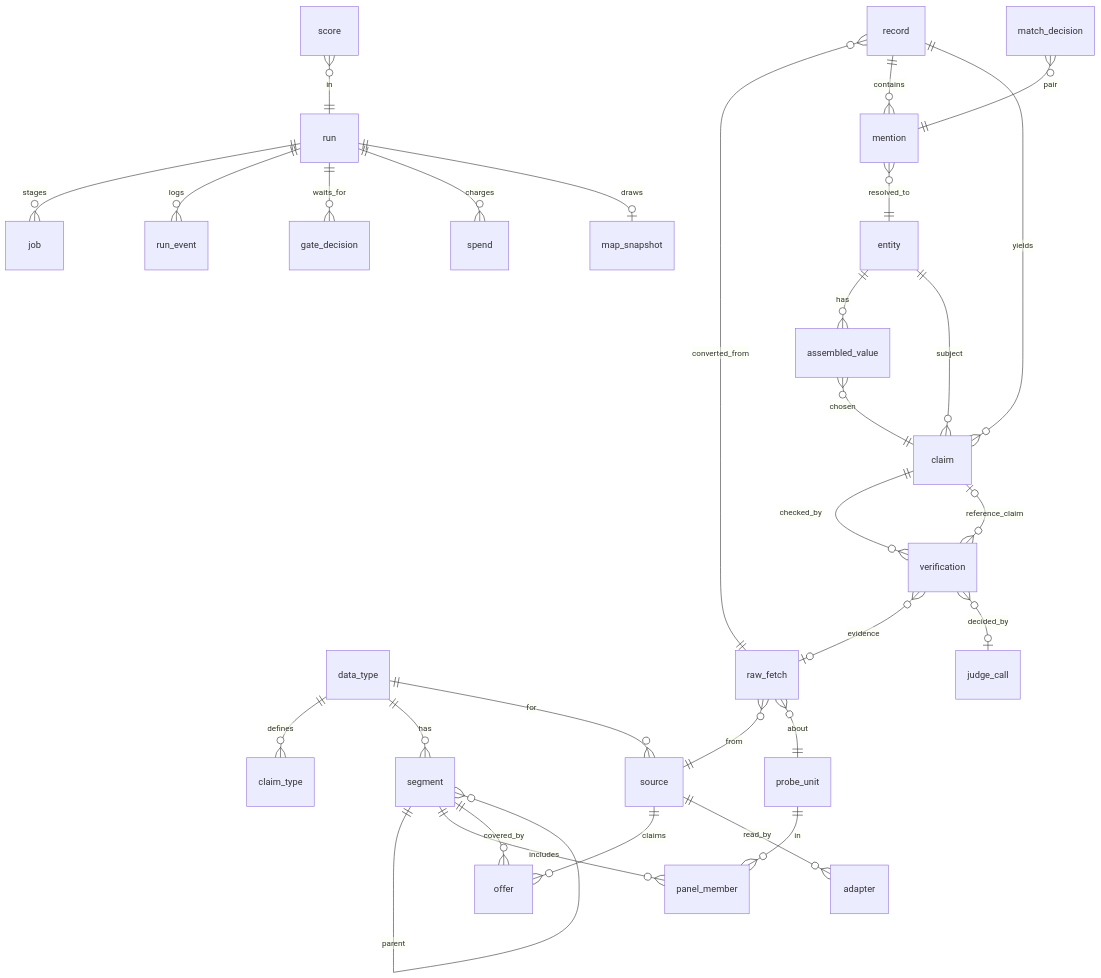
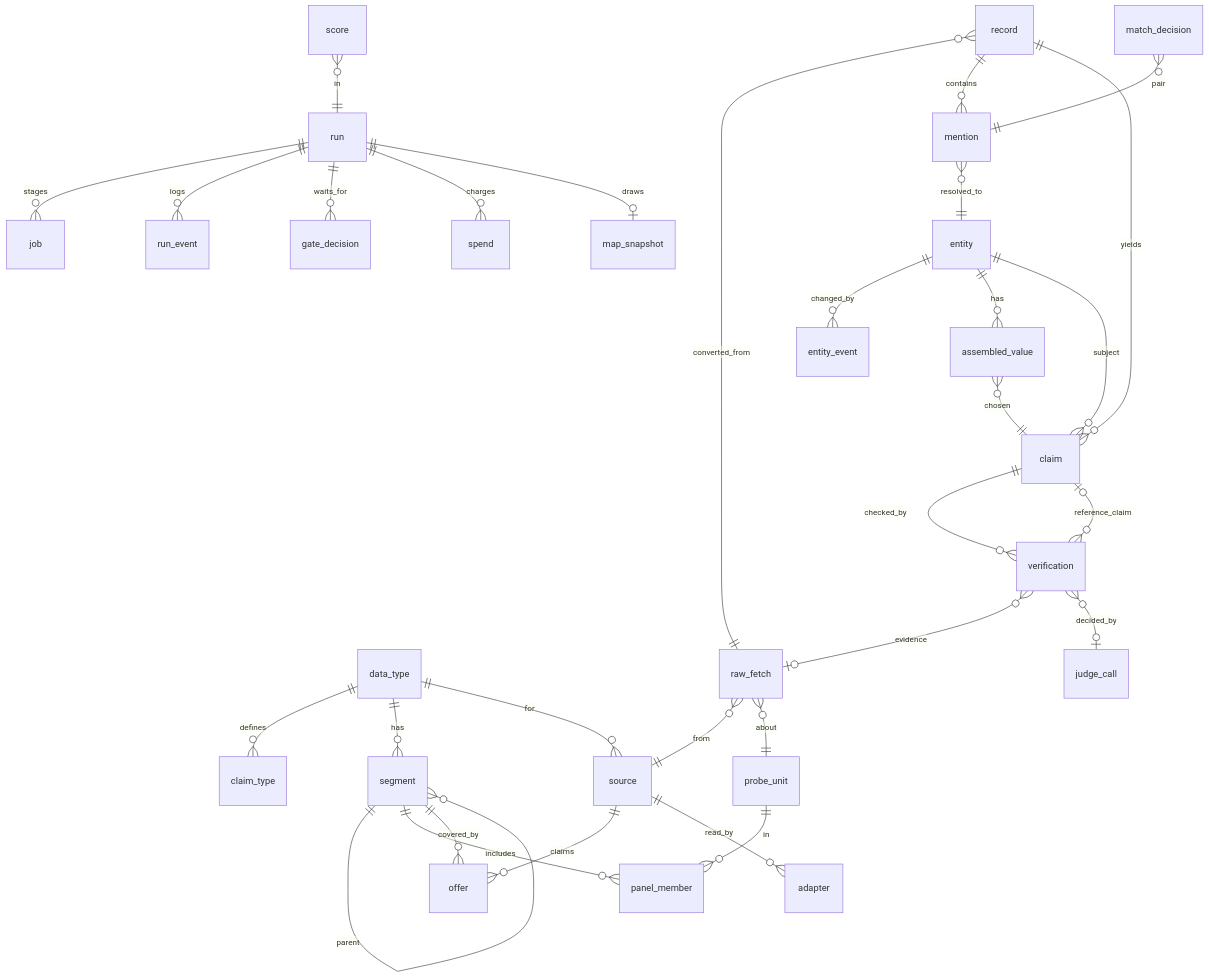
One commit to yzz0806/sourcemap changed the diagram in docs/data-model.md. Above: the diagram before and after it, drawn with Mermaid. The commit also changed other lines of this file and 20 other files, not shown here.

````diff
--- a/docs/data-model.md
+++ b/docs/data-model.md
@@ -9,32 +9,33 @@
 ```mermaid
 erDiagram
   data_type ||--o{ claim_type : defines
   data_type ||--o{ segment : has
   segment ||--o{ segment : parent
   segment ||--o{ panel_member : includes
   probe_unit ||--o{ panel_member : in
   data_type ||--o{ source : for
   source ||--o{ offer : claims
   segment ||--o{ offer : covered_by
   source ||--o{ adapter : read_by
   run ||--o{ job : stages
   run ||--o{ run_event : logs
   run ||--o{ gate_decision : waits_for
   run ||--o{ spend : charges
   raw_fetch }o--|| source : from
   raw_fetch }o--|| probe_unit : about
   record }o--|| raw_fetch : converted_from
   record ||--o{ mention : contains
   mention }o--|| entity : resolved_to
+  entity ||--o{ entity_event : changed_by
   match_decision }o--|| mention : pair
   record ||--o{ claim : yields
   claim }o--|| entity : subject
   claim ||--o{ verification : checked_by
   verification }o--o| raw_fetch : evidence
   verification }o--o| claim : reference_claim
   verification }o--o| judge_call : decided_by
   score }o--|| run : in
   run ||--o| map_snapshot : draws
   entity ||--o{ assembled_value : has
   assembled_value }o--|| claim : chosen
 ```
````
